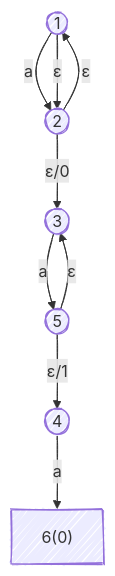
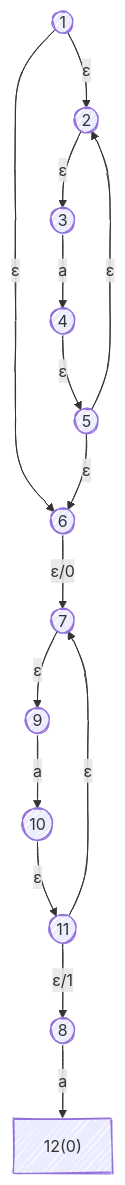
The diagram in src/lib/tests/__snapshot__/nfa_a_star_capture.md (moonbitlang/moonlex-old), drawn with Mermaid before and after one commit. The commit also changed 14 other files, not shown here.

````diff
--- a/src/lib/tests/__snapshot__/nfa_a_star_capture.md
+++ b/src/lib/tests/__snapshot__/nfa_a_star_capture.md
@@ -1,21 +1,33 @@
 ```mermaid
 ---
   config:
     look: handDrawn
 ---
 graph TD
-1-->|"a"|2
 1-->|"ε"|2
-2-->|"ε"|1
-2-->|"ε/0"|3
-3-->|"a"|5
-4-->|"a"|6
-5-->|"ε"|3
-5-->|"ε/1"|4
+1-->|"ε"|6
+2-->|"ε"|3
+3-->|"a"|4
+4-->|"ε"|5
+5-->|"ε"|2
+5-->|"ε"|6
+6-->|"ε/0"|7
+7-->|"ε"|9
+8-->|"a"|12
+9-->|"a"|10
+10-->|"ε"|11
+11-->|"ε"|7
+11-->|"ε/1"|8
 1((1))
 2((2))
 3((3))
 4((4))
 5((5))
-6["6(0)"]
+6((6))
+7((7))
+8((8))
+9((9))
+10((10))
+11((11))
+12["12(0)"]
 ```
````
